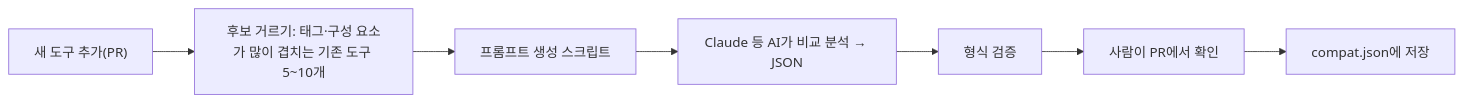
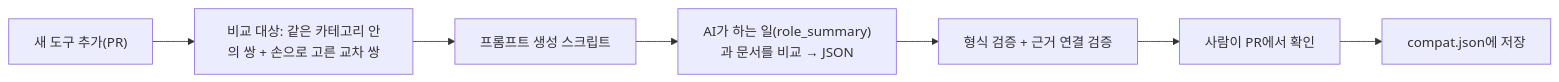
The second of 3 diagrams in docs/proposal-ROH.md (20233014-KYH/New_Project), drawn with Mermaid before and after one commit. The commit also changed other lines of this file and 23 other files, not shown here.

````diff
--- a/docs/proposal-ROH.md
+++ b/docs/proposal-ROH.md
@@ -183,9 +225,9 @@
 ```mermaid
 flowchart LR
-  N["새 도구 추가(PR)"] --> P["후보 거르기: 태그·구성 요소가 많이 겹치는 기존 도구 5~10개"]
+  N["새 도구 추가(PR)"] --> P["비교 대상: 같은 카테고리 안의 쌍 + 손으로 고른 교차 쌍"]
   P --> Q["프롬프트 생성 스크립트"]
-  Q --> R["Claude 등 AI가 비교 분석 → JSON"]
-  R --> V["형식 검증"]
+  Q --> R["AI가 하는 일(role_summary)과 문서를 비교 → JSON"]
+  R --> V["형식 검증 + 근거 연결 검증"]
   V --> H["사람이 PR에서 확인"]
   H --> S["compat.json에 저장"]
 ```
````
